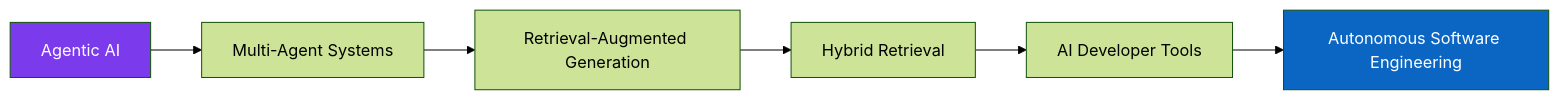
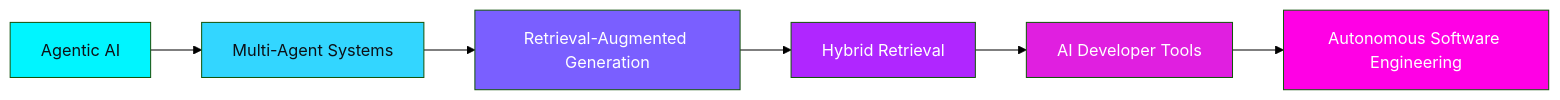
The diagram in README.md (Karthik7939/Karthik7939), drawn with Mermaid (forest theme) before and after one commit. The commit also changed other lines of this file, not shown here.

````diff
--- a/README.md
+++ b/README.md
@@ -250,10 +257,14 @@
 ```mermaid
 graph LR
     A[Agentic AI] --> B[Multi-Agent Systems]
     B --> C[Retrieval-Augmented Generation]
     C --> D[Hybrid Retrieval]
     D --> E[AI Developer Tools]
     E --> F[Autonomous Software Engineering]
-    style A fill:#7C3AED,color:#fff
-    style F fill:#0A66C2,color:#fff
+    style A fill:#00F5FF,color:#0D1117
+    style B fill:#33D6FF,color:#0D1117
+    style C fill:#7A5FFF,color:#fff
+    style D fill:#B026FF,color:#fff
+    style E fill:#E01FE0,color:#fff
+    style F fill:#FF00E5,color:#fff
 ```
````
